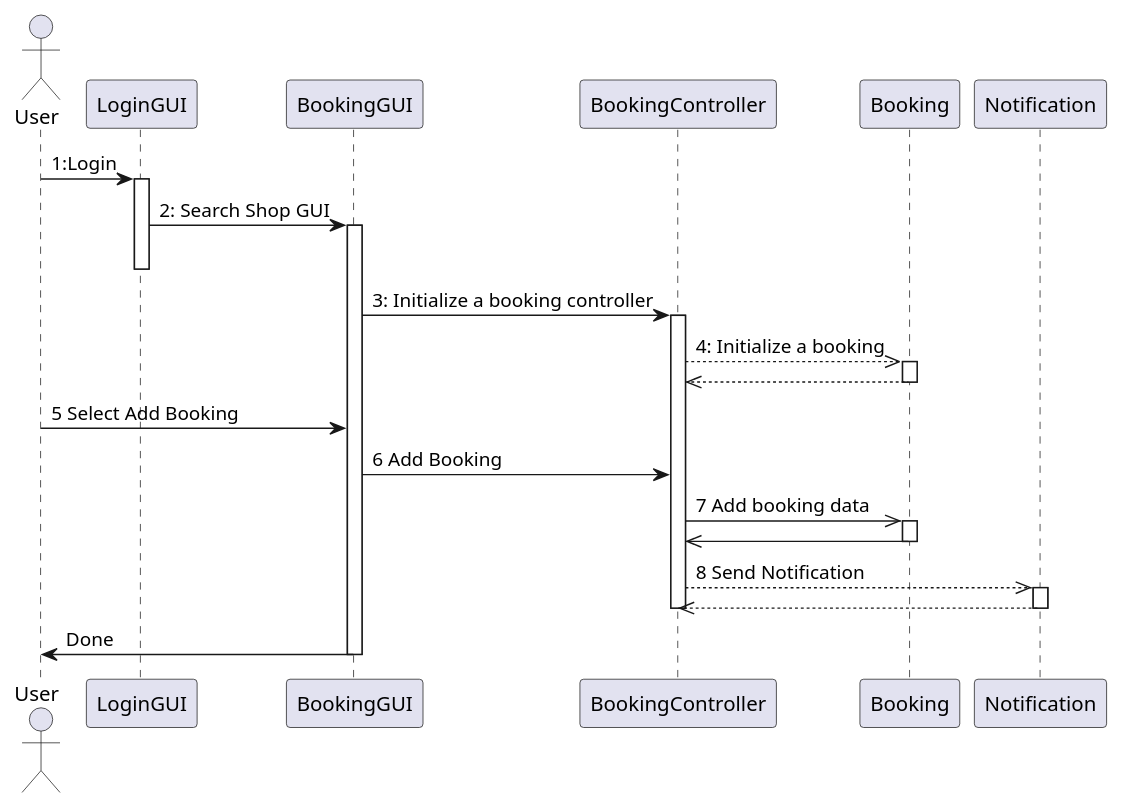
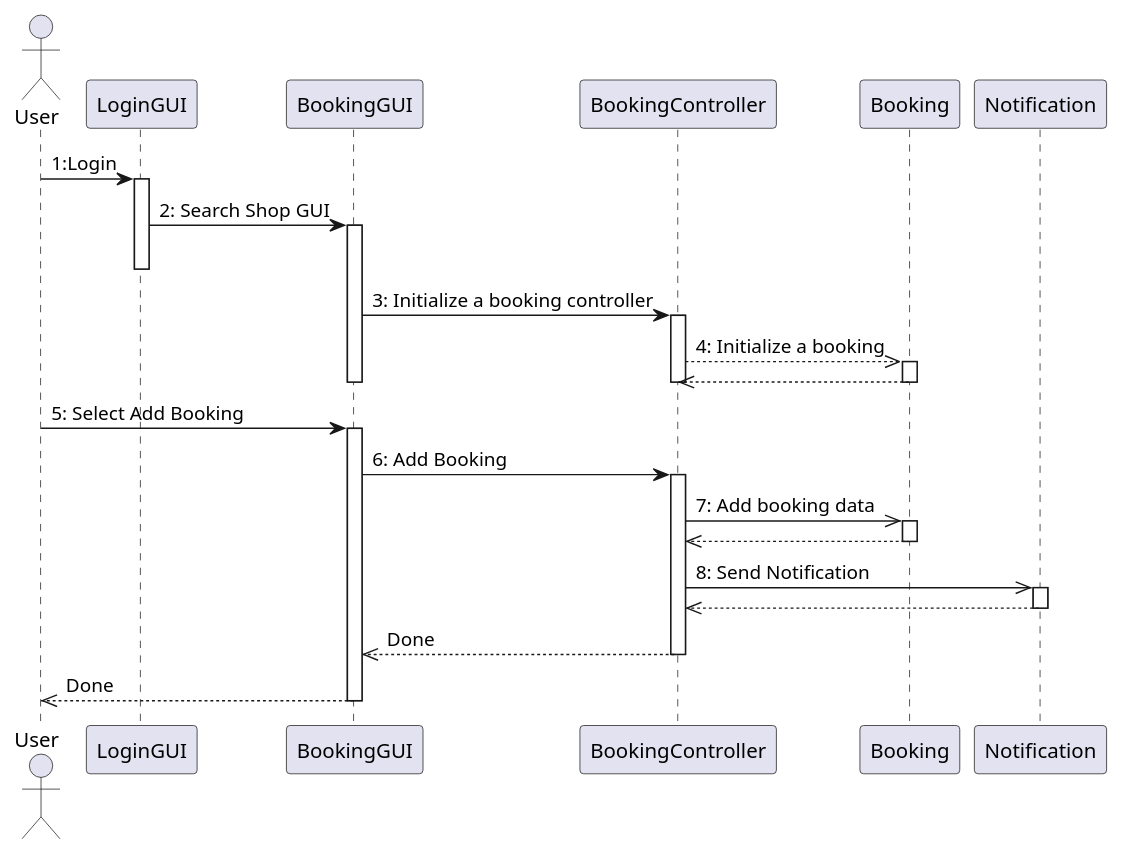
The diagram in doc/sequence_diagram/sequence.md (GiuEliNo/JustIT), drawn with PlantUML before and after one commit.

Commit message:
modificato il sequence, in modo che sia più corretto. In teoria.

```diff
--- a/doc/sequence_diagram/sequence.md
+++ b/doc/sequence_diagram/sequence.md
@@ -1,44 +1,53 @@
 @startuml
 actor User
 
 
 User -> LoginGUI: 1:Login
 activate LoginGUI
 
 LoginGUI -> BookingGUI: 2: Search Shop GUI
 activate BookingGUI
 deactivate LoginGUI
 
 BookingGUI -> BookingController: 3: Initialize a booking controller
 
 activate BookingController
 
 BookingController -->> Booking: 4: Initialize a booking
 activate Booking
 
 Booking -->> BookingController
 deactivate Booking
 
-User -> BookingGUI: 5 Select Add Booking
+deactivate BookingController
 
-BookingGUI -> BookingController: 6 Add Booking
+deactivate BookingGUI
 
-BookingController ->> Booking: 7 Add booking data
+
+User -> BookingGUI: 5: Select Add Booking
+activate BookingGUI
+
+BookingGUI -> BookingController: 6: Add Booking
+activate BookingController
+
+BookingController ->> Booking: 7: Add booking data
 activate Booking
 
-Booking ->> BookingController
+Booking -->> BookingController
 deactivate Booking
 
-BookingController -->> Notification: 8 Send Notification
+BookingController ->> Notification: 8: Send Notification
 activate Notification
 
 Notification -->> BookingController
 deactivate Notification
 
+BookingController -->> BookingGUI: Done
+
 deactivate BookingController
 
-BookingGUI -> User: Done
+BookingGUI -->> User: Done
 
 deactivate BookingGUI
 
 @enduml
```
